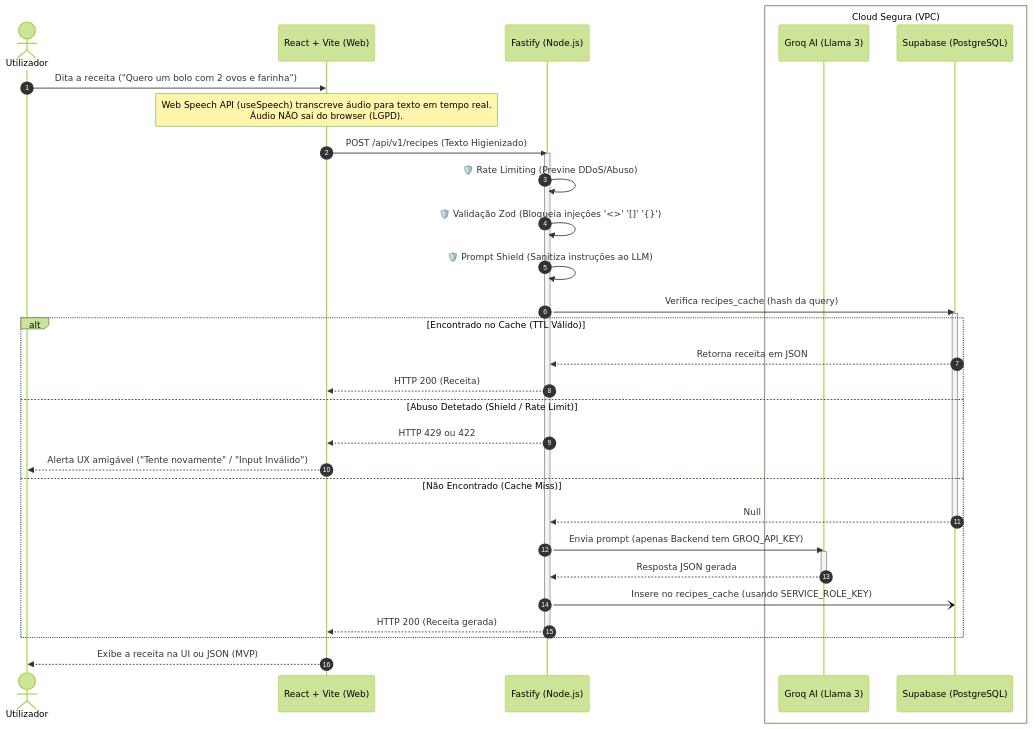
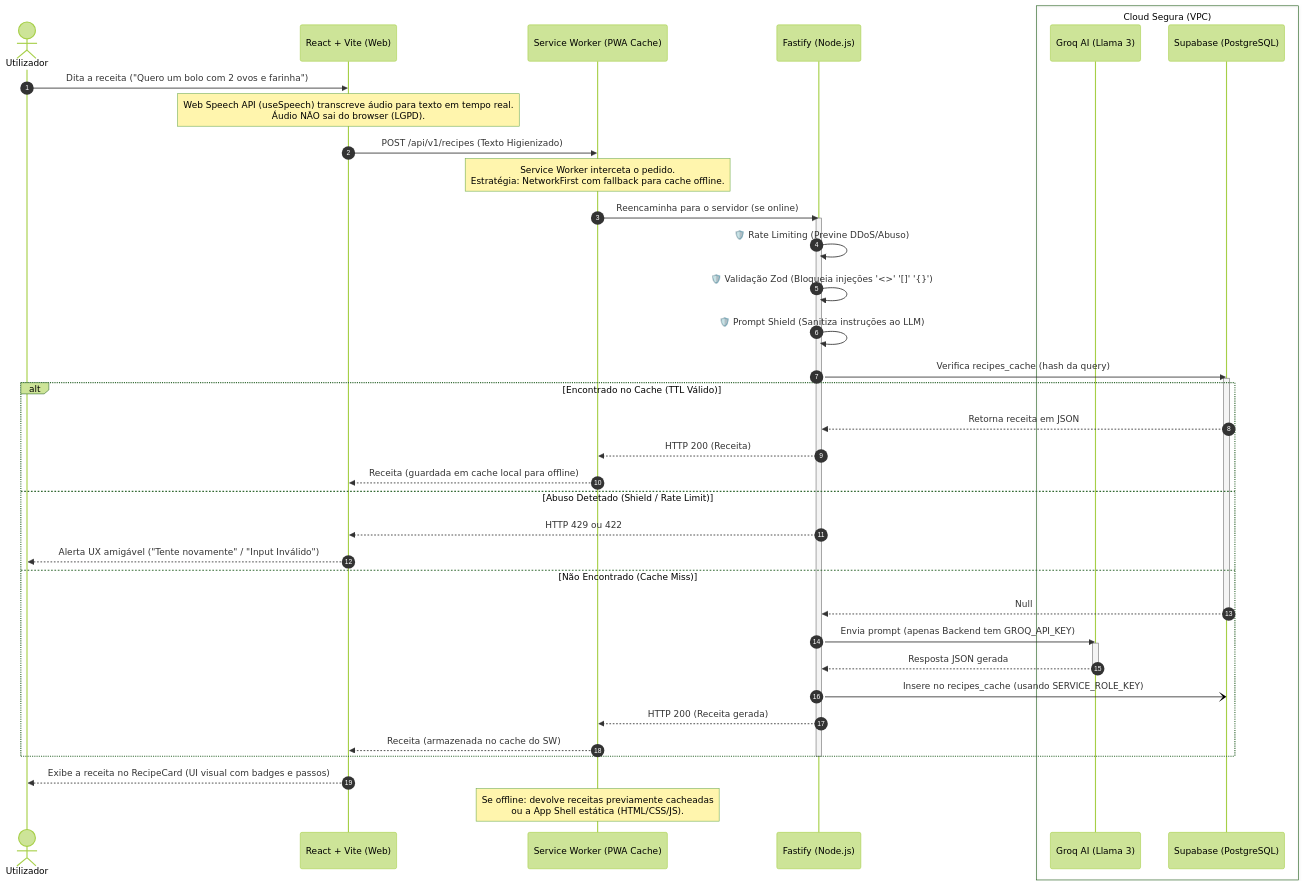
The diagram in docs/arquitetura.md (davydsonmr1/fastcook), drawn with Mermaid (forest theme) before and after one commit. The commit also changed other lines of this file and 9 other files, not shown here.

Commit message:
feat: componentização do recipe card e configuração pwa offline

````diff
--- a/docs/arquitetura.md
+++ b/docs/arquitetura.md
@@ -9,56 +9,64 @@
 ```mermaid
 sequenceDiagram
     autonumber
     
     actor Utilizador as Utilizador
     participant Frontend as React + Vite (Web)
+    participant SW as Service Worker (PWA Cache)
     participant Backend as Fastify (Node.js)
     box Cloud Segura (VPC)
         participant Groq as Groq AI (Llama 3)
         participant Supabase as Supabase (PostgreSQL)
     end
 
     %% Passo 1: Captura
     Utilizador->>Frontend: Dita a receita ("Quero um bolo com 2 ovos e farinha")
     note over Frontend: Web Speech API (useSpeech) transcreve áudio para texto em tempo real.<br/>Áudio NÃO sai do browser (LGPD).
     
-    %% Passo 2: Request Seguro
-    Frontend->>Backend: POST /api/v1/recipes (Texto Higienizado)
+    %% Passo 2: Request Seguro (via SW)
+    Frontend->>SW: POST /api/v1/recipes (Texto Higienizado)
+    note over SW: Service Worker interceta o pedido.<br/>Estratégia: NetworkFirst com fallback para cache offline.
+    SW->>Backend: Reencaminha para o servidor (se online)
     
     %% Passo 3: Segurança no Backend
     activate Backend
     Backend->>Backend: 🛡️ Rate Limiting (Previne DDoS/Abuso)
     Backend->>Backend: 🛡️ Validação Zod (Bloqueia injeções '<>' '[]' '{}')
     Backend->>Backend: 🛡️ Prompt Shield (Sanitiza instruções ao LLM)
     
     %% Passo 4: Verificação de Cache
     Backend->>Supabase: Verifica recipes_cache (hash da query)
     activate Supabase
     
     alt Encontrado no Cache (TTL Válido)
         Supabase-->>Backend: Retorna receita em JSON
-        Backend-->>Frontend: HTTP 200 (Receita)
+        Backend-->>SW: HTTP 200 (Receita)
+        SW-->>Frontend: Receita (guardada em cache local para offline)
     else Abuso Detetado (Shield / Rate Limit)
         Backend-->>Frontend: HTTP 429 ou 422
         Frontend-->>Utilizador: Alerta UX amigável ("Tente novamente" / "Input Inválido")
     else Não Encontrado (Cache Miss)
         Supabase-->>Backend: Null
         deactivate Supabase
         
         %% Passo 5: LLM (com chave secreta do Backend)
         Backend->>Groq: Envia prompt (apenas Backend tem GROQ_API_KEY)
         activate Groq
         Groq-->>Backend: Resposta JSON gerada
         deactivate Groq
         
         %% Passo 6: Guardar em Cache (Assíncrono)
         Backend-)Supabase: Insere no recipes_cache (usando SERVICE_ROLE_KEY)
         
         %% Passo 7: Resposta
-        Backend-->>Frontend: HTTP 200 (Receita gerada)
+        Backend-->>SW: HTTP 200 (Receita gerada)
+        SW-->>Frontend: Receita (armazenada no cache do SW)
     end
     deactivate Backend
     
     %% Passo 8: Renderização
-    Frontend-->>Utilizador: Exibe a receita na UI ou JSON (MVP)
+    Frontend-->>Utilizador: Exibe a receita no RecipeCard (UI visual com badges e passos)
+    
+    %% Cenário Offline
+    note over SW: Se offline: devolve receitas previamente cacheadas<br/>ou a App Shell estática (HTML/CSS/JS).
 ```
````
